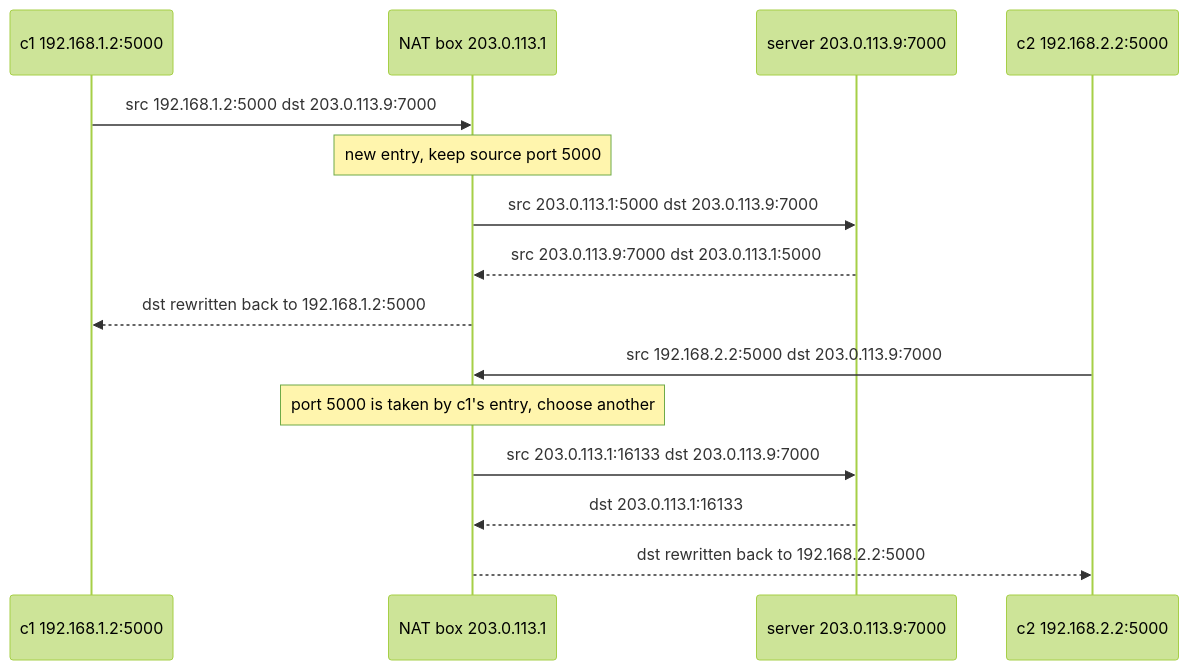
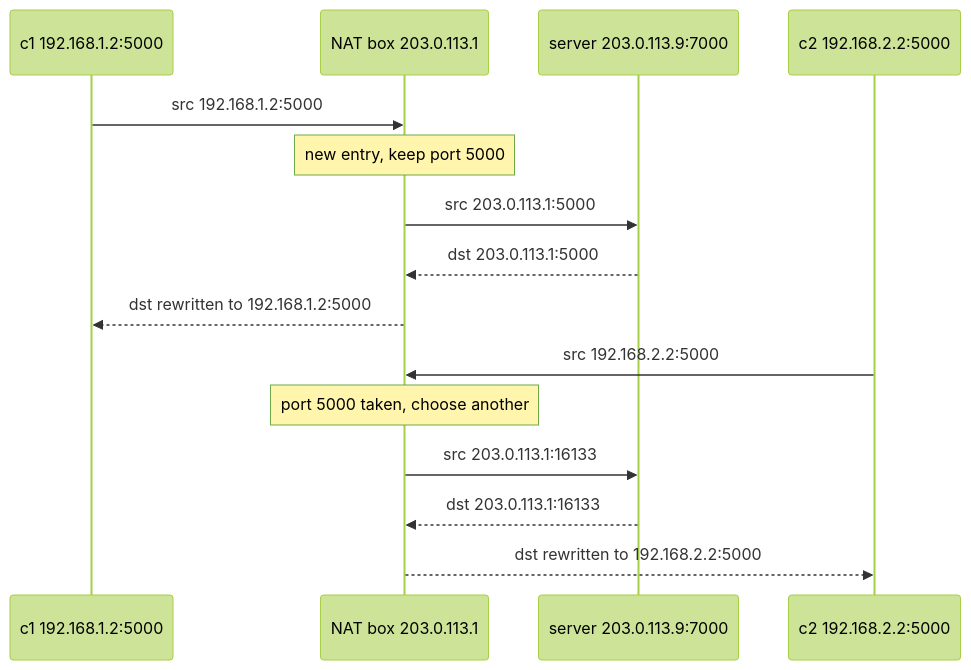
The third of 4 diagrams in 07_networking/02_ip_routing_and_layer3.md (Princeahrwar/Study), drawn with Mermaid (forest theme) before and after one commit. The commit also changed other lines of this file, not shown here.

````diff
--- a/07_networking/02_ip_routing_and_layer3.md
+++ b/07_networking/02_ip_routing_and_layer3.md
@@ -752,17 +275,17 @@
 ```mermaid
 sequenceDiagram
   participant C1 as c1 192.168.1.2:5000
   participant N as NAT box 203.0.113.1
   participant S as server 203.0.113.9:7000
   participant C2 as c2 192.168.2.2:5000
-  C1->>N: src 192.168.1.2:5000 dst 203.0.113.9:7000
-  Note over N: new entry, keep source port 5000
-  N->>S: src 203.0.113.1:5000 dst 203.0.113.9:7000
-  S-->>N: src 203.0.113.9:7000 dst 203.0.113.1:5000
-  N-->>C1: dst rewritten back to 192.168.1.2:5000
-  C2->>N: src 192.168.2.2:5000 dst 203.0.113.9:7000
-  Note over N: port 5000 is taken by c1's entry, choose another
-  N->>S: src 203.0.113.1:16133 dst 203.0.113.9:7000
+  C1->>N: src 192.168.1.2:5000
+  Note over N: new entry, keep port 5000
+  N->>S: src 203.0.113.1:5000
+  S-->>N: dst 203.0.113.1:5000
+  N-->>C1: dst rewritten to 192.168.1.2:5000
+  C2->>N: src 192.168.2.2:5000
+  Note over N: port 5000 taken, choose another
+  N->>S: src 203.0.113.1:16133
   S-->>N: dst 203.0.113.1:16133
-  N-->>C2: dst rewritten back to 192.168.2.2:5000
+  N-->>C2: dst rewritten to 192.168.2.2:5000
 ```
````
